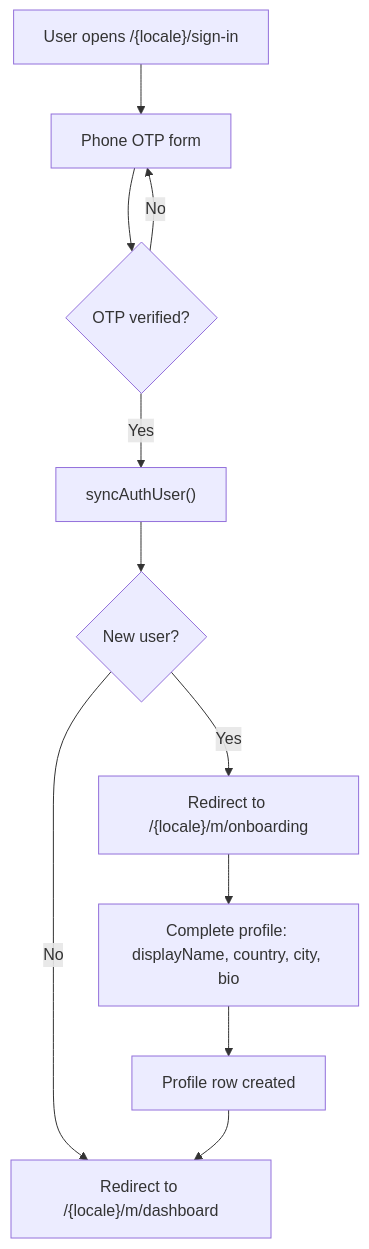
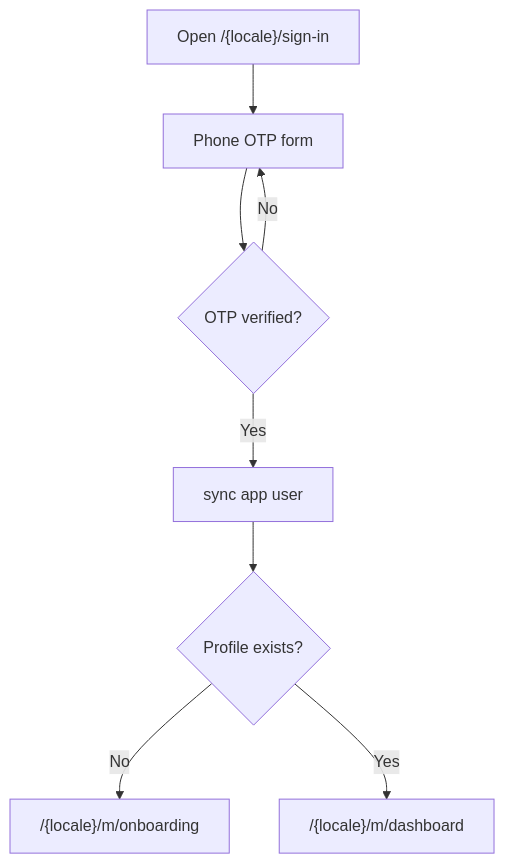
The second of 7 diagrams in docs/user-flows.md (GeorgiySergeev/kylyvnyk-buisness-club), drawn with Mermaid before and after one commit. The commit also changed other lines of this file and 15 other files, not shown here.

````diff
--- a/docs/user-flows.md
+++ b/docs/user-flows.md
@@ -83,13 +39,10 @@
 ```mermaid
 flowchart TD
-  A["User opens /{locale}/sign-in"] --> B["Phone OTP form"]
+  A["Open /{locale}/sign-in"] --> B["Phone OTP form"]
   B --> C{"OTP verified?"}
   C -- "No" --> B
-  C -- "Yes" --> D["syncAuthUser()"]
-  D --> E{"New user?"}
-  E -- "Yes" --> F["Redirect to /{locale}/m/onboarding"]
-  E -- "No" --> G["Redirect to /{locale}/m/dashboard"]
-  F --> H["Complete profile: displayName, country, city, bio"]
-  H --> I["Profile row created"]
-  I --> G
+  C -- "Yes" --> D["sync app user"]
+  D --> E{"Profile exists?"}
+  E -- "No" --> F["/{locale}/m/onboarding"]
+  E -- "Yes" --> G["/{locale}/m/dashboard"]
 ```
````
